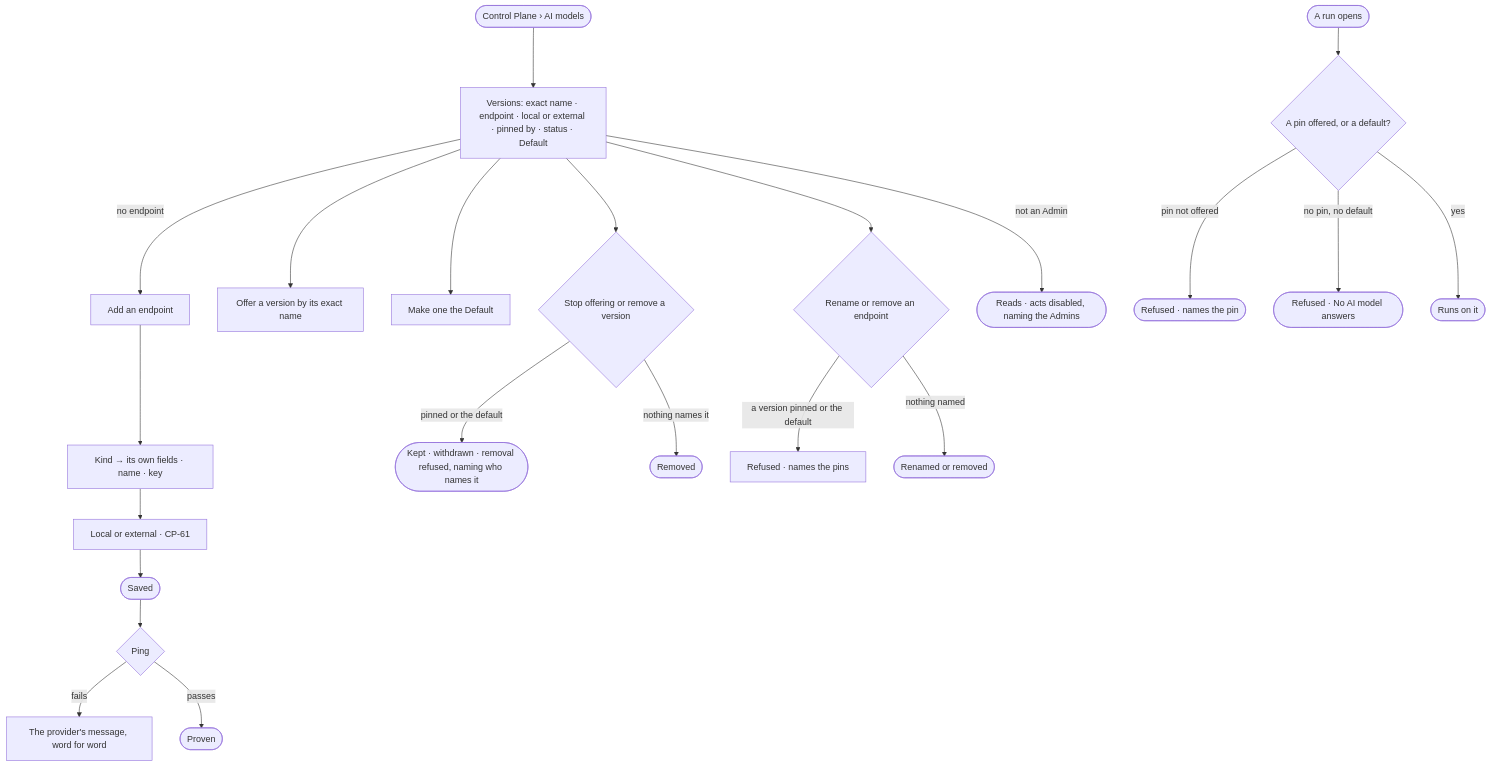
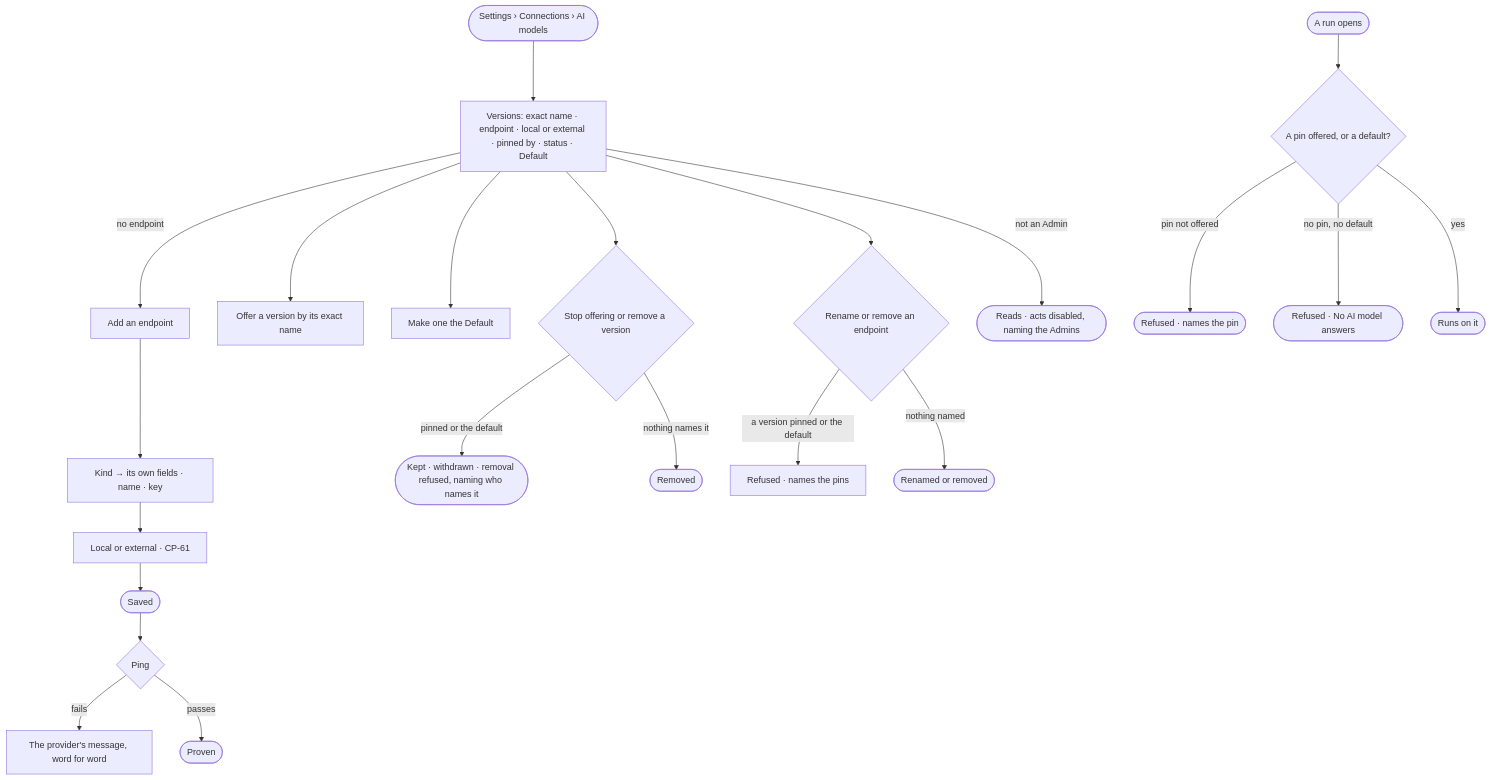
The diagram in specs/os/control/features/CP-F01-ai-models/stories/CP-01-offer-the-model-versions-agents-may-pin/story.md (invana/invana), drawn with Mermaid before and after one commit. The commit also changed 106 other files, not shown here.

````diff
--- a/specs/os/control/features/CP-F01-ai-models/stories/CP-01-offer-the-model-versions-agents-may-pin/story.md
+++ b/specs/os/control/features/CP-F01-ai-models/stories/CP-01-offer-the-model-versions-agents-may-pin/story.md
@@ -27,22 +27,22 @@
 ```mermaid
 flowchart TD
-  s([Control Plane › AI models]) --> l["Versions: exact name · endpoint · local or external · pinned by · status · Default"]
+  s([Settings › Connections › AI models]) --> l["Versions: exact name · endpoint · local or external · pinned by · status · Default"]
   l -->|no endpoint| e["Add an endpoint"]
   e --> k["Kind → its own fields · name · key"]
   k --> loc["Local or external · CP-61"] --> sv(["Saved"]) --> p{"Ping"}
   p -->|fails| pf["The provider's message, word for word"]
   p -->|passes| ok(["Proven"])
   l --> of["Offer a version by its exact name"]
   l --> df["Make one the Default"]
   l --> st{"Stop offering or remove a version"}
   st -->|pinned or the default| nl(["Kept · withdrawn · removal refused, naming who names it"])
   st -->|nothing names it| rm(["Removed"])
   l --> rn{"Rename or remove an endpoint"}
   rn -->|a version pinned or the default| rr["Refused · names the pins"]
   rn -->|nothing named| rd(["Renamed or removed"])
   run([A run opens]) --> pin{"A pin offered, or a default?"}
   pin -->|pin not offered| r1(["Refused · names the pin"])
   pin -->|no pin, no default| r2(["Refused · No AI model answers"])
   pin -->|yes| go(["Runs on it"])
   l -->|not an Admin| ro(["Reads · acts disabled, naming the Admins"])
 ```
````
